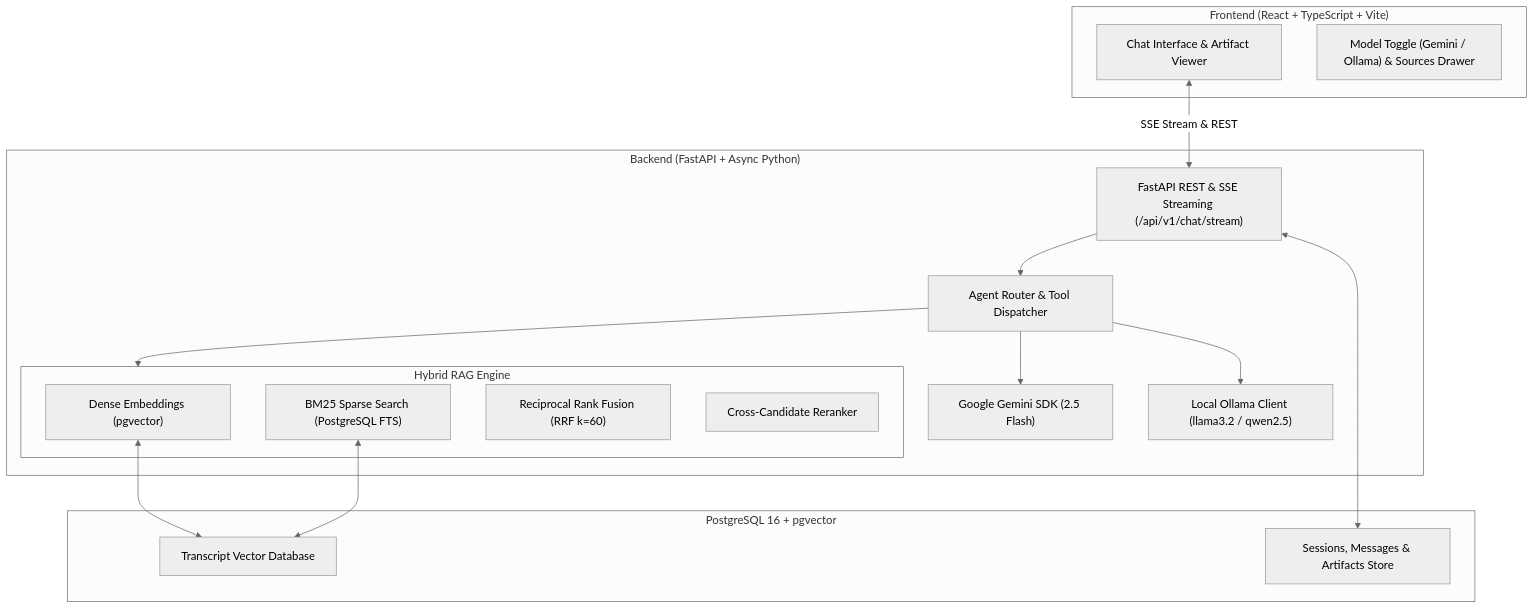
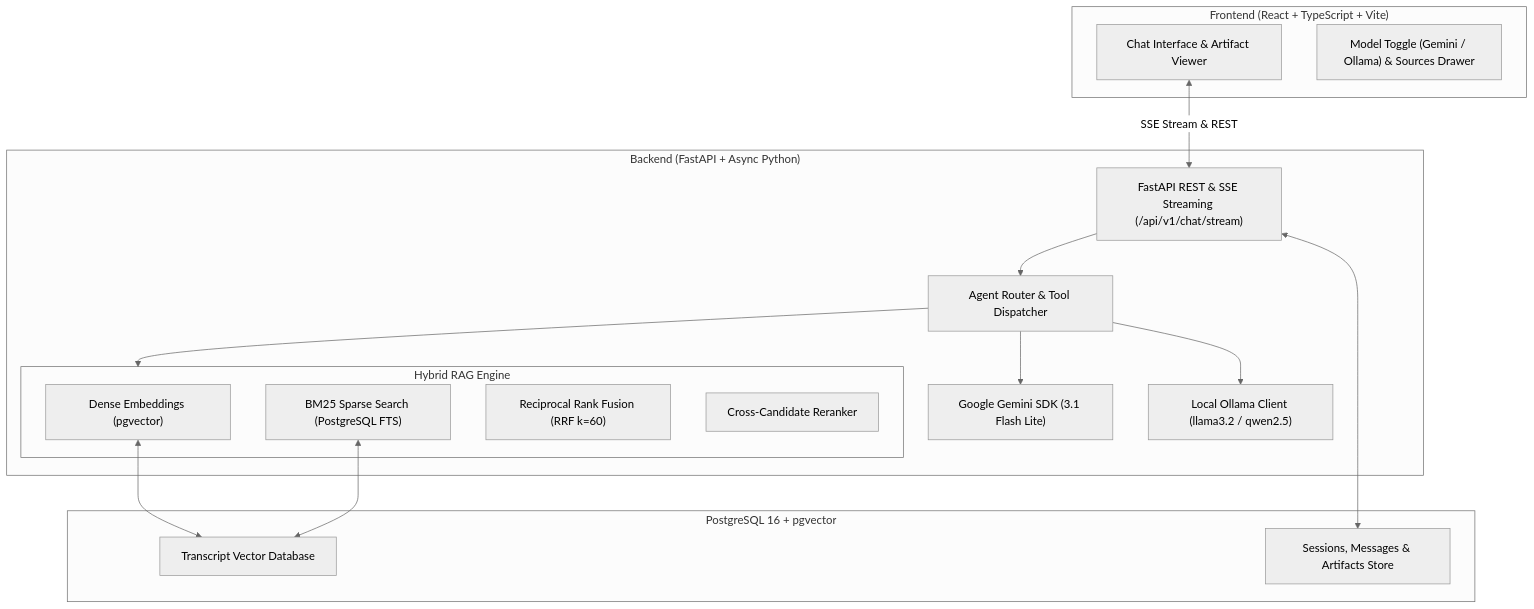
Before and after one commit to ShriAmogh/Oogway-Labs-FDE: the diagram in README.md, drawn with Mermaid (neutral theme). The commit also changed other lines of this file and 1 other file, not shown here.

Commit message:
docs: update cloud model name to Google Gemini 3.1 Flash Lite across architectural diagrams

````diff
--- a/README.md
+++ b/README.md
@@ -10,35 +10,35 @@
 ```mermaid
 flowchart TD
     subgraph Frontend ["Frontend (React + TypeScript + Vite)"]
         UI["Chat Interface & Artifact Viewer"]
         Controls["Model Toggle (Gemini / Ollama) & Sources Drawer"]
     end
 
     subgraph Backend ["Backend (FastAPI + Async Python)"]
         API["FastAPI REST & SSE Streaming (/api/v1/chat/stream)"]
         Router["Agent Router & Tool Dispatcher"]
-        EngineCloud["Google Gemini SDK (2.5 Flash)"]
+        EngineCloud["Google Gemini SDK (3.1 Flash Lite)"]
         EngineLocal["Local Ollama Client (llama3.2 / qwen2.5)"]
         
         subgraph RAG ["Hybrid RAG Engine"]
             Dense["Dense Embeddings (pgvector)"]
             Sparse["BM25 Sparse Search (PostgreSQL FTS)"]
             RRF["Reciprocal Rank Fusion (RRF k=60)"]
             Rerank["Cross-Candidate Reranker"]
         end
     end
 
     subgraph Database ["PostgreSQL 16 + pgvector"]
         VectorStore["Transcript Vector Database"]
         ChatStore["Sessions, Messages & Artifacts Store"]
     end
 
     UI <-->|SSE Stream & REST| API
     API --> Router
     Router --> EngineCloud
     Router --> EngineLocal
     Router --> RAG
     Dense <--> VectorStore
     Sparse <--> VectorStore
     API <--> ChatStore
 ```
````
